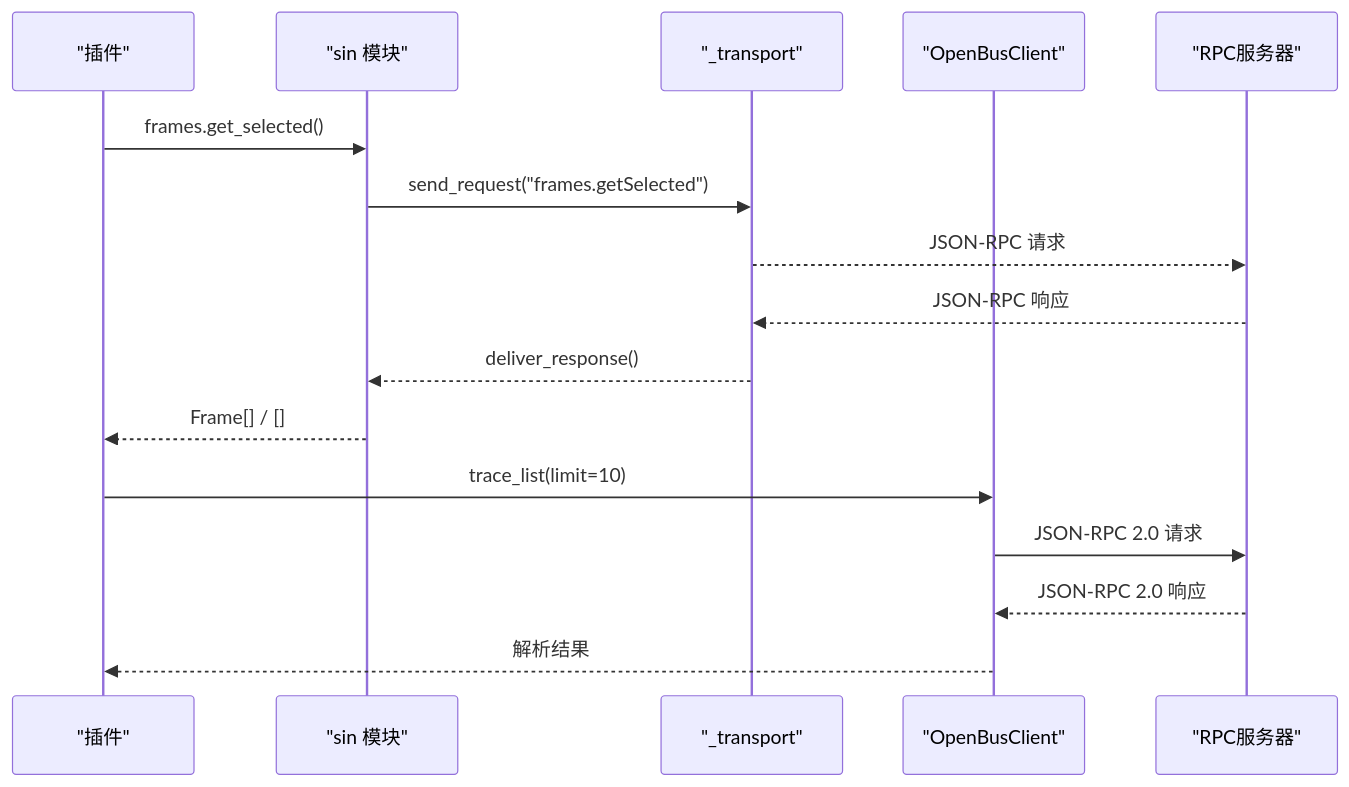
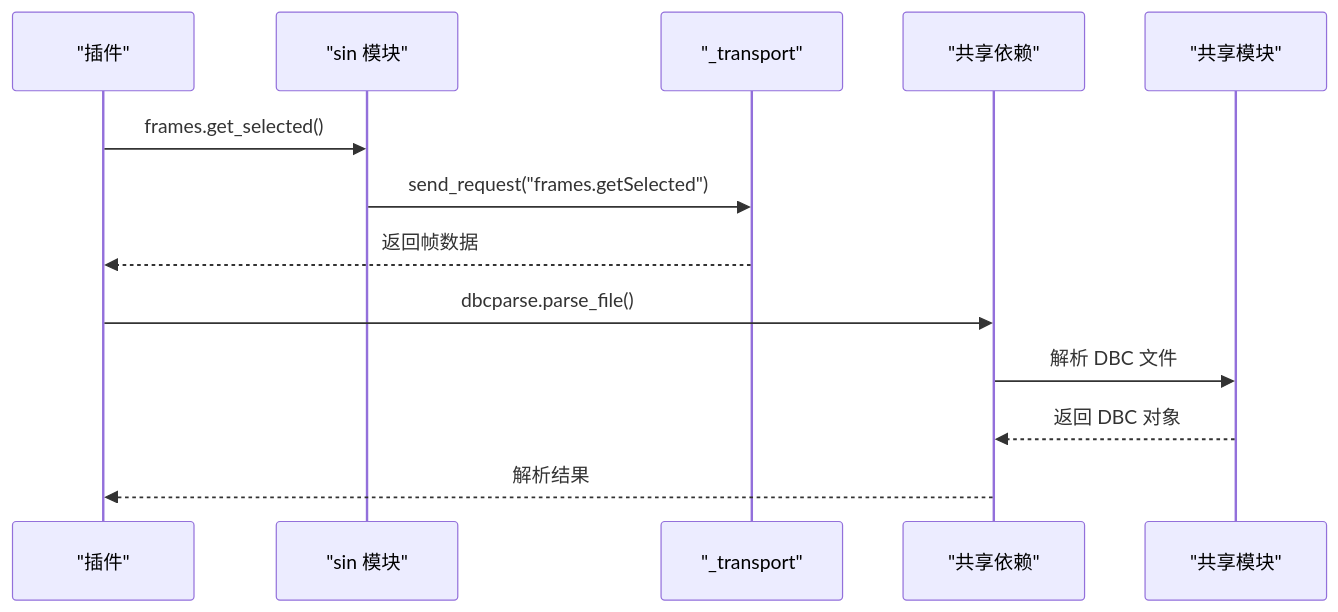
Before and after one commit to jakecai1225-design/OpenBus: the second of 7 diagrams in .qoder/repowiki/zh/content/开发指南/Python SDK开发指南.md, drawn with Mermaid. The commit also changed other lines of this file and 151 other files, not shown here.

````diff
--- a/.qoder/repowiki/zh/content/开发指南/Python SDK开发指南.md
+++ b/.qoder/repowiki/zh/content/开发指南/Python SDK开发指南.md
@@ -108,18 +112,15 @@
 ```mermaid
 sequenceDiagram
 participant P as "插件"
 participant S as "sin 模块"
 participant T as "_transport"
-participant OC as "OpenBusClient"
-participant RS as "RPC服务器"
+participant SD as "共享依赖"
+participant SH as "共享模块"
 P->>S : frames.get_selected()
 S->>T : send_request("frames.getSelected")
-T-->>RS : JSON-RPC 请求
-RS-->>T : JSON-RPC 响应
-T-->>S : deliver_response()
-S-->>P : Frame[] / []
-P->>OC : trace_list(limit=10)
-OC->>RS : JSON-RPC 2.0 请求
-RS-->>OC : JSON-RPC 2.0 响应
-OC-->>P : 解析结果
+T-->>P : 返回帧数据
+P->>SD : dbcparse.parse_file()
+SD->>SH : 解析 DBC 文件
+SH-->>SD : 返回 DBC 对象
+SD-->>P : 解析结果
 ```
````
